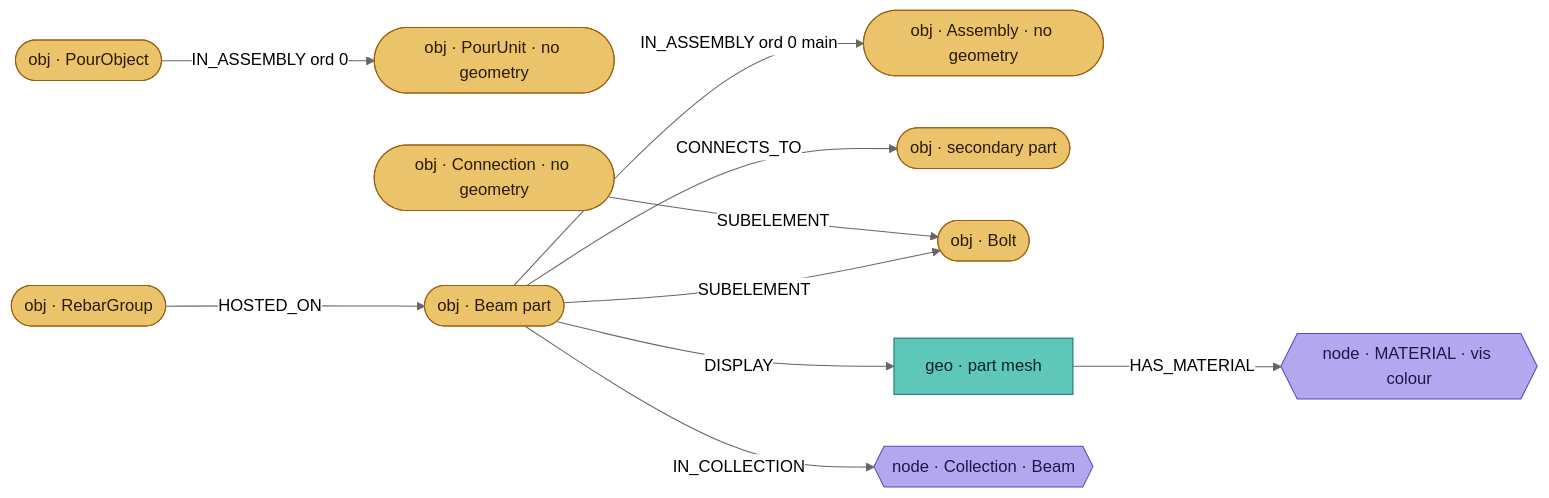
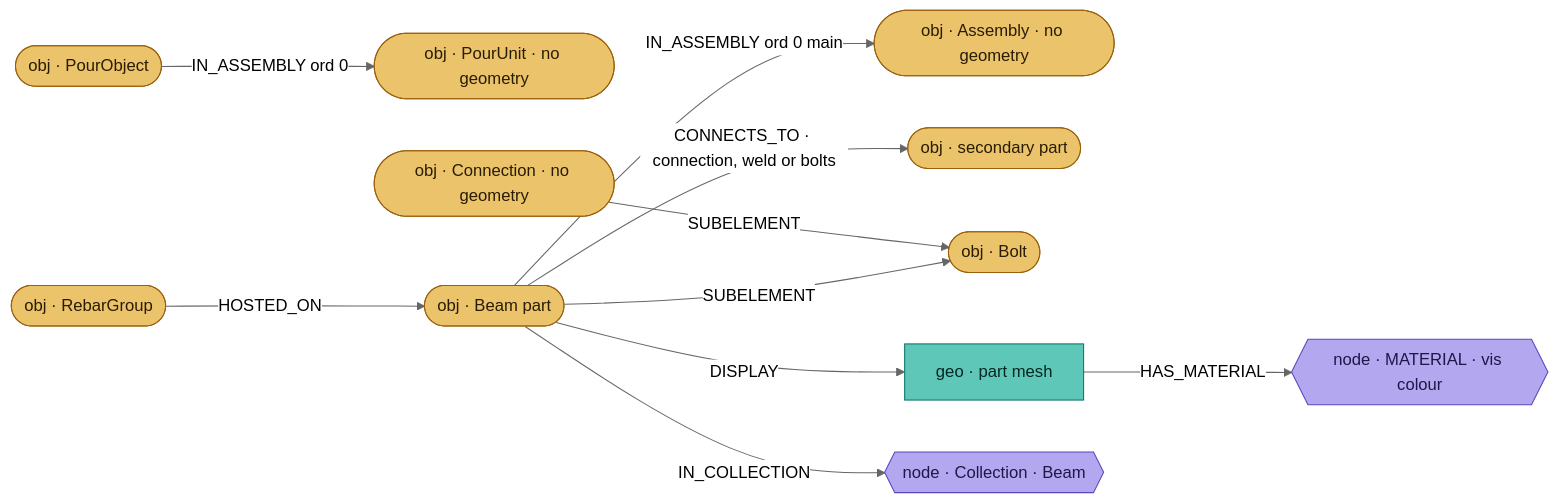
Diagram 15 of 19 in docs/connector-relations.md (specklesystems/speckle-sharp-connectors), drawn with Mermaid (neutral theme) before and after one commit. The commit also changed other lines of this file and 6 other files, not shown here.

Commit message:
feat(tekla): welds as children, weld and bolt CONNECTS_TO between joined parts (ENG-11153)

````diff
--- a/docs/connector-relations.md
+++ b/docs/connector-relations.md
@@ -484,26 +484,26 @@
 ```mermaid
 graph LR
   AS([obj · Assembly · no geometry]):::obj
   PU([obj · PourUnit · no geometry]):::obj
   PO([obj · PourObject]):::obj
   CN([obj · Connection · no geometry]):::obj
   PT([obj · Beam part]):::obj
   P2([obj · secondary part]):::obj
   BO([obj · Bolt]):::obj
   RB([obj · RebarGroup]):::obj
   M[geo · part mesh]:::geo
   MAT{{node · MATERIAL · vis colour}}:::nd
   COL{{node · Collection · Beam}}:::nd
   PT -->|IN_ASSEMBLY ord 0 main| AS
   PO -->|IN_ASSEMBLY ord 0| PU
-  PT -->|CONNECTS_TO| P2
+  PT -->|CONNECTS_TO · connection, weld or bolts| P2
   CN -->|SUBELEMENT| BO
   RB -->|HOSTED_ON| PT
   PT -->|SUBELEMENT| BO
   PT -->|DISPLAY| M
   M -->|HAS_MATERIAL| MAT
   PT -->|IN_COLLECTION| COL
   classDef obj fill:#eac36a,stroke:#9a5f0c,color:#2a1c04;
   classDef geo fill:#5fc7b8,stroke:#0a7369,color:#052723;
   classDef nd fill:#b3a8f0,stroke:#5647bd,color:#211648;
 ```
````
